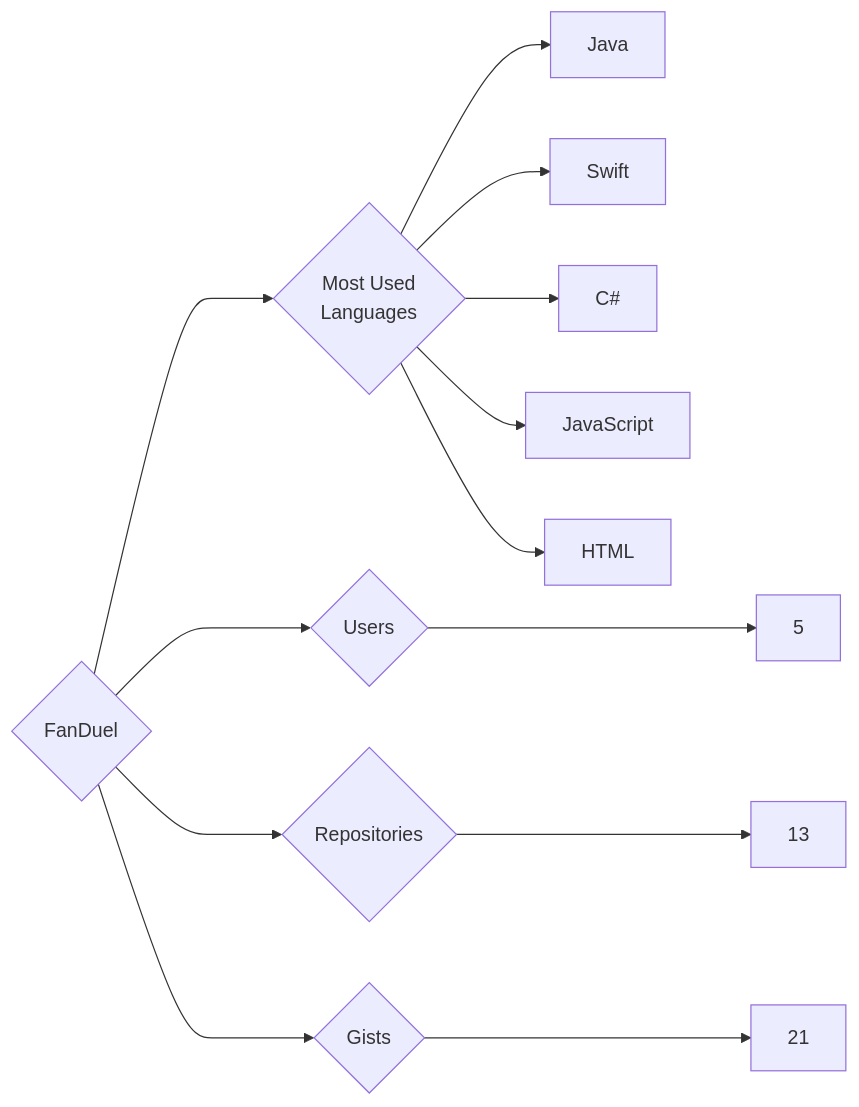
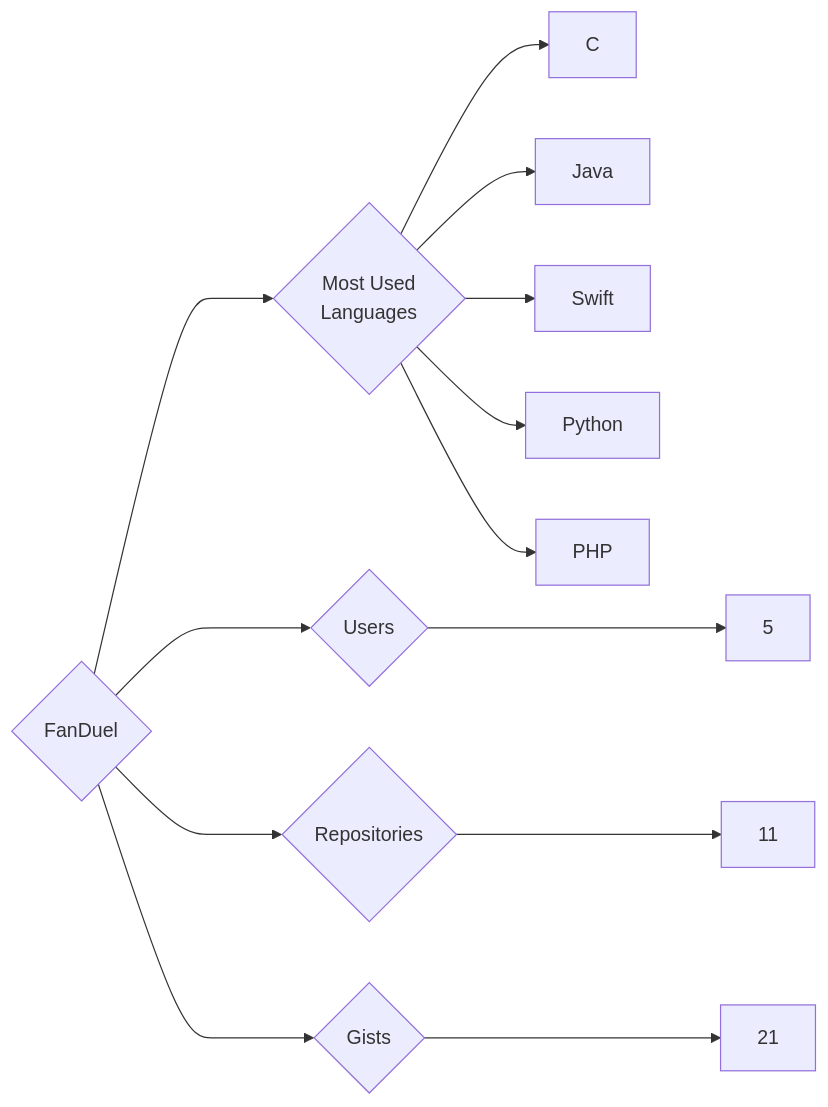
One commit to trickest/insiders changed the diagram in targets/FanDuel/README.md. Above: the diagram before and after it, drawn with Mermaid. The commit also changed 938 other files, not shown here.

````diff
--- a/targets/FanDuel/README.md
+++ b/targets/FanDuel/README.md
@@ -3,13 +3,13 @@
 ```mermaid
 graph LR
 COMPANY_NAME{FanDuel}
 COMPANY_NAME ---> U{Users} ---> UN[5]
-COMPANY_NAME ---> R{Repositories} ---> RN[13]
+COMPANY_NAME ---> R{Repositories} ---> RN[11]
 COMPANY_NAME ---> G{Gists} ---> GN[21]
 COMPANY_NAME ---> ML{Most Used<br>Languages}
+ML --> C[C]
 ML --> Java[Java]
 ML --> Swift[Swift]
-ML --> C#[C#]
-ML --> JavaScript[JavaScript]
-ML --> HTML[HTML]
+ML --> Python[Python]
+ML --> PHP[PHP]
 ```
````
